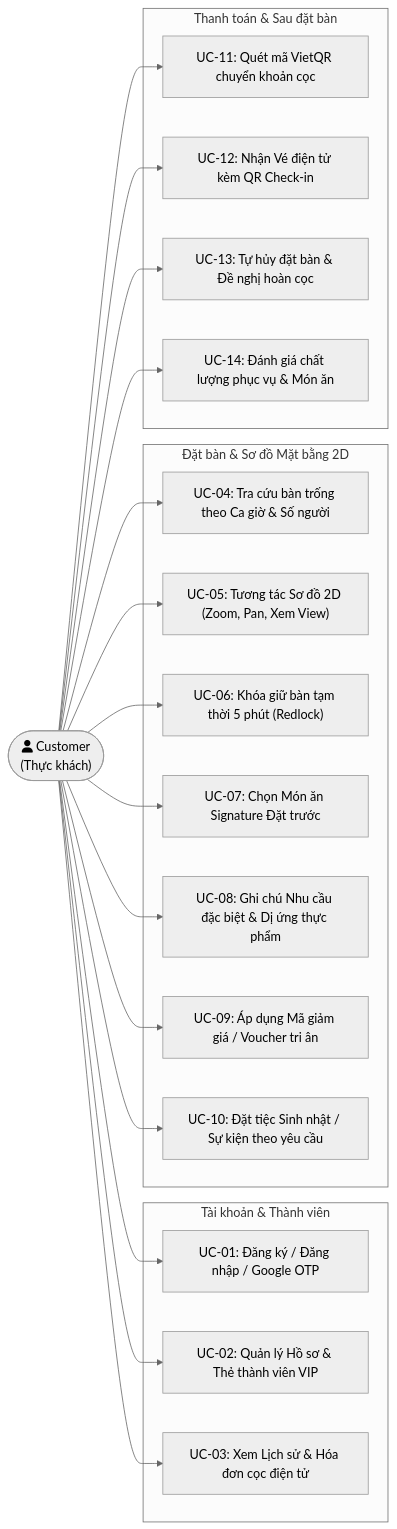
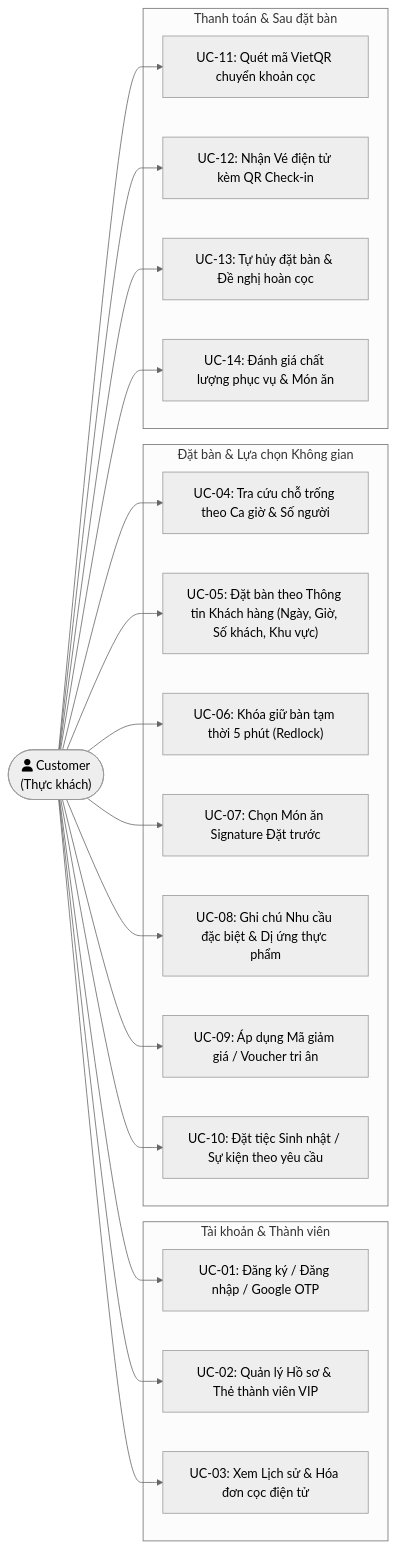
Before and after one commit to Nhatduy160205/Project_SBA301: the first of 5 diagrams in doc/USE_CASES_AND_FEATURES_TABLEMASTER.md, drawn with Mermaid (neutral theme). The commit also changed other lines of this file and 9 other files, not shown here.

Commit message:
docs: standardize table box grid management and data-driven booking flow across all specifications

````diff
--- a/doc/USE_CASES_AND_FEATURES_TABLEMASTER.md
+++ b/doc/USE_CASES_AND_FEATURES_TABLEMASTER.md
@@ -98,42 +98,42 @@
 ```mermaid
 flowchart LR
     Cust(["fa:fa-user Customer<br>(Thực khách)"])
 
     subgraph Sub_Auth ["Tài khoản & Thành viên"]
         UC01["UC-01: Đăng ký / Đăng nhập / Google OTP"]
         UC02["UC-02: Quản lý Hồ sơ & Thẻ thành viên VIP"]
         UC03["UC-03: Xem Lịch sử & Hóa đơn cọc điện tử"]
     end
 
-    subgraph Sub_Booking ["Đặt bàn & Sơ đồ Mặt bằng 2D"]
-        UC04["UC-04: Tra cứu bàn trống theo Ca giờ & Số người"]
-        UC05["UC-05: Tương tác Sơ đồ 2D (Zoom, Pan, Xem View)"]
+    subgraph Sub_Booking ["Đặt bàn & Lựa chọn Không gian"]
+        UC04["UC-04: Tra cứu chỗ trống theo Ca giờ & Số người"]
+        UC05["UC-05: Đặt bàn theo Thông tin Khách hàng (Ngày, Giờ, Số khách, Khu vực)"]
         UC06["UC-06: Khóa giữ bàn tạm thời 5 phút (Redlock)"]
         UC07["UC-07: Chọn Món ăn Signature Đặt trước"]
         UC08["UC-08: Ghi chú Nhu cầu đặc biệt & Dị ứng thực phẩm"]
         UC09["UC-09: Áp dụng Mã giảm giá / Voucher tri ân"]
         UC10["UC-10: Đặt tiệc Sinh nhật / Sự kiện theo yêu cầu"]
     end
 
     subgraph Sub_Payment ["Thanh toán & Sau đặt bàn"]
         UC11["UC-11: Quét mã VietQR chuyển khoản cọc"]
         UC12["UC-12: Nhận Vé điện tử kèm QR Check-in"]
         UC13["UC-13: Tự hủy đặt bàn & Đề nghị hoàn cọc"]
         UC14["UC-14: Đánh giá chất lượng phục vụ & Món ăn"]
     end
 
     Cust --> UC01
     Cust --> UC02
     Cust --> UC03
     Cust --> UC04
     Cust --> UC05
     Cust --> UC06
     Cust --> UC07
     Cust --> UC08
     Cust --> UC09
     Cust --> UC10
     Cust --> UC11
     Cust --> UC12
     Cust --> UC13
     Cust --> UC14
 ```
````
